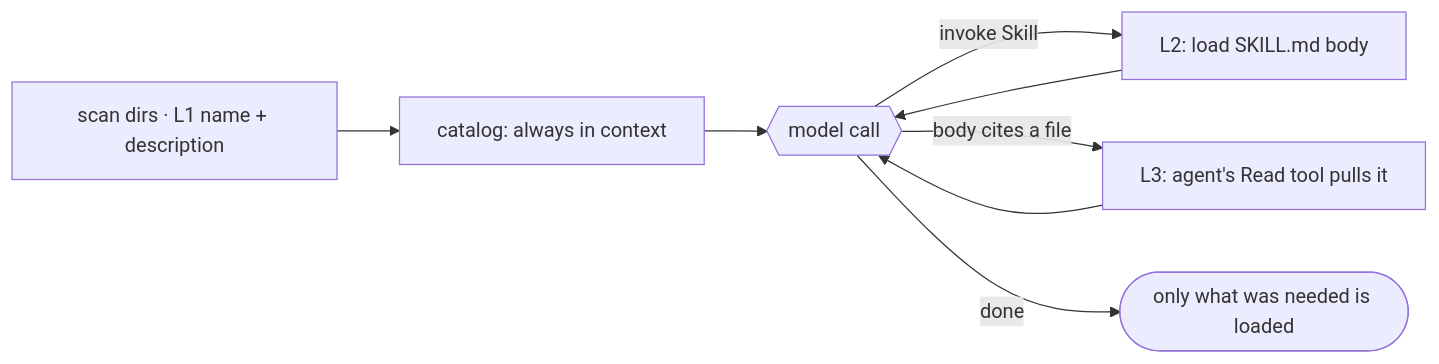
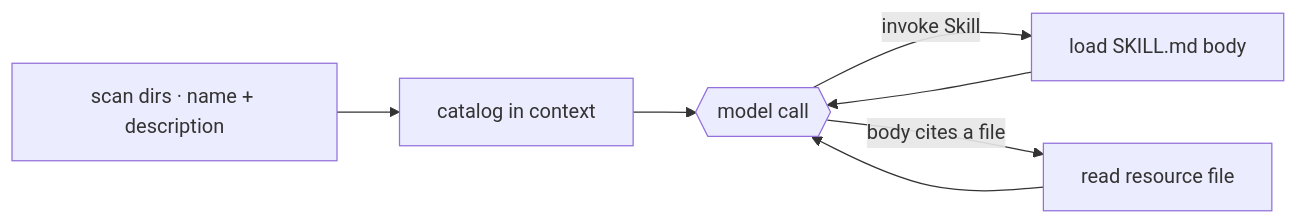
The diagram in sections/07-skills/README.md (hardness1020/awesome-agent-architecture), drawn with Mermaid before and after one commit. The commit also changed other lines of this file and 16 other files, not shown here.

````diff
--- a/sections/07-skills/README.md
+++ b/sections/07-skills/README.md
@@ -25,10 +30,9 @@
 ```mermaid
 flowchart LR
-    D["scan dirs · L1 name + description"] --> C["catalog: always in context"]
+    D["scan dirs · name + description"] --> C["catalog in context"]
     C --> M{{model call}}
-    M -->|invoke Skill| L["L2: load SKILL.md body"]
+    M -->|invoke Skill| L["load SKILL.md body"]
     L --> M
-    M -->|body cites a file| R["L3: agent's Read tool pulls it"]
+    M -->|body cites a file| R["read resource file"]
     R --> M
-    M -->|done| X(["only what was needed is loaded"])
 ```
````
